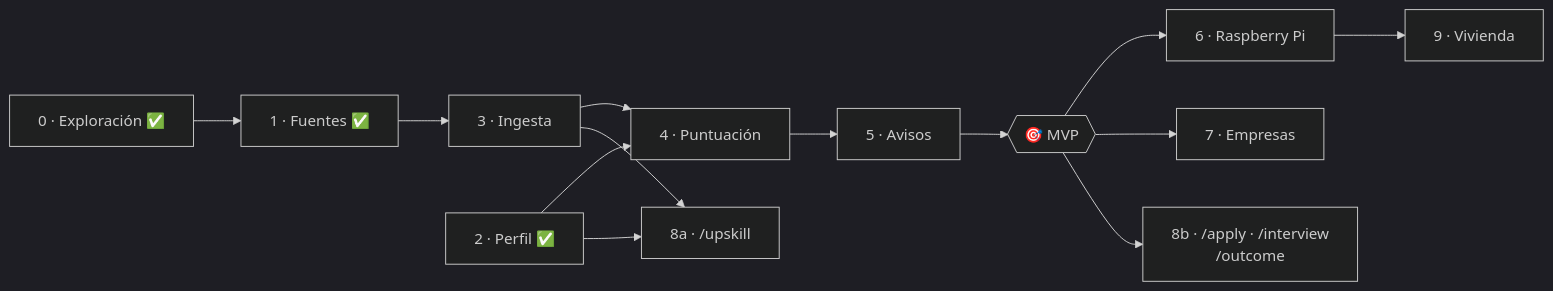
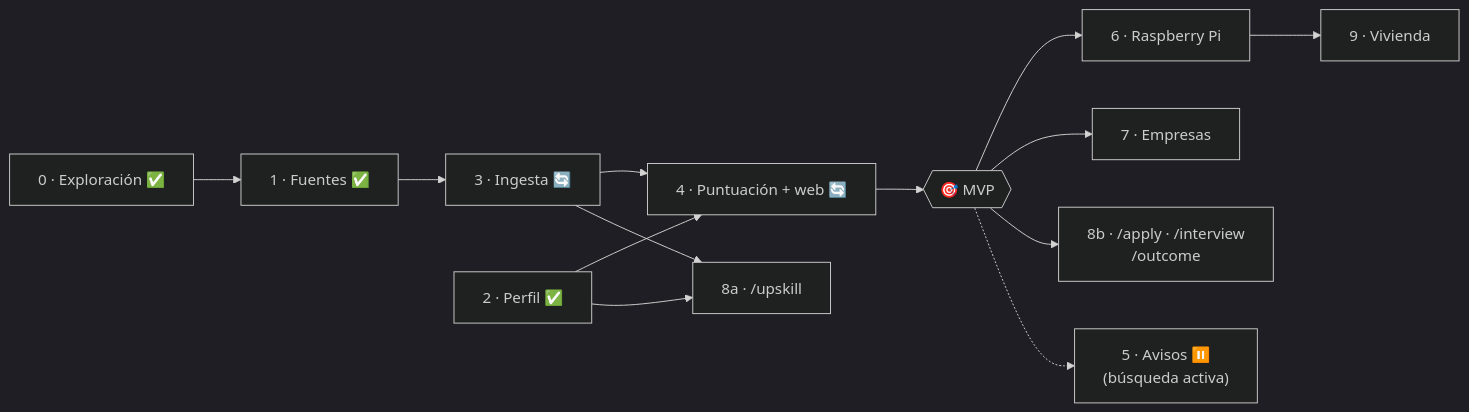
One commit to rubenhig/job-radar changed the third of 3 diagrams in docs/arquitectura.md. Above: the diagram before and after it, drawn with Mermaid (dark theme). The commit also changed other lines of this file and 13 other files, not shown here.

````diff
--- a/docs/arquitectura.md
+++ b/docs/arquitectura.md
@@ -176,13 +184,13 @@
 ```mermaid
 flowchart LR
     F0[0 · Exploración ✅] --> F1[1 · Fuentes ✅]
-    F1 --> F3[3 · Ingesta]
-    F2[2 · Perfil ✅] --> F4[4 · Puntuación]
-    F3 --> F4 --> F5[5 · Avisos]
-    F5 --> MVP{{🎯 MVP}}
+    F1 --> F3[3 · Ingesta 🔄]
+    F2[2 · Perfil ✅] --> F4[4 · Puntuación + web 🔄]
+    F3 --> F4 --> MVP{{🎯 MVP}}
     F3 & F2 --> F8a["8a · /upskill"]
     MVP --> F6[6 · Raspberry Pi]
     MVP --> F7[7 · Empresas]
     MVP --> F8b["8b · /apply · /interview<br/>/outcome"]
+    MVP -.-> F5["5 · Avisos ⏸️<br/>(búsqueda activa)"]
     F6 --> F9[9 · Vivienda]
 ```
````
